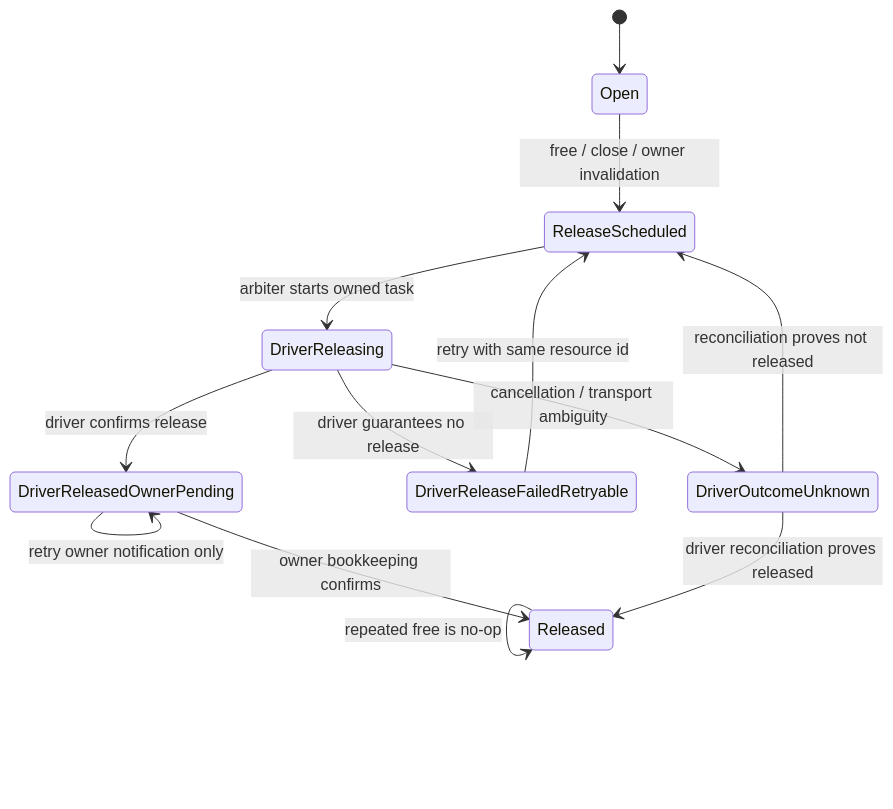
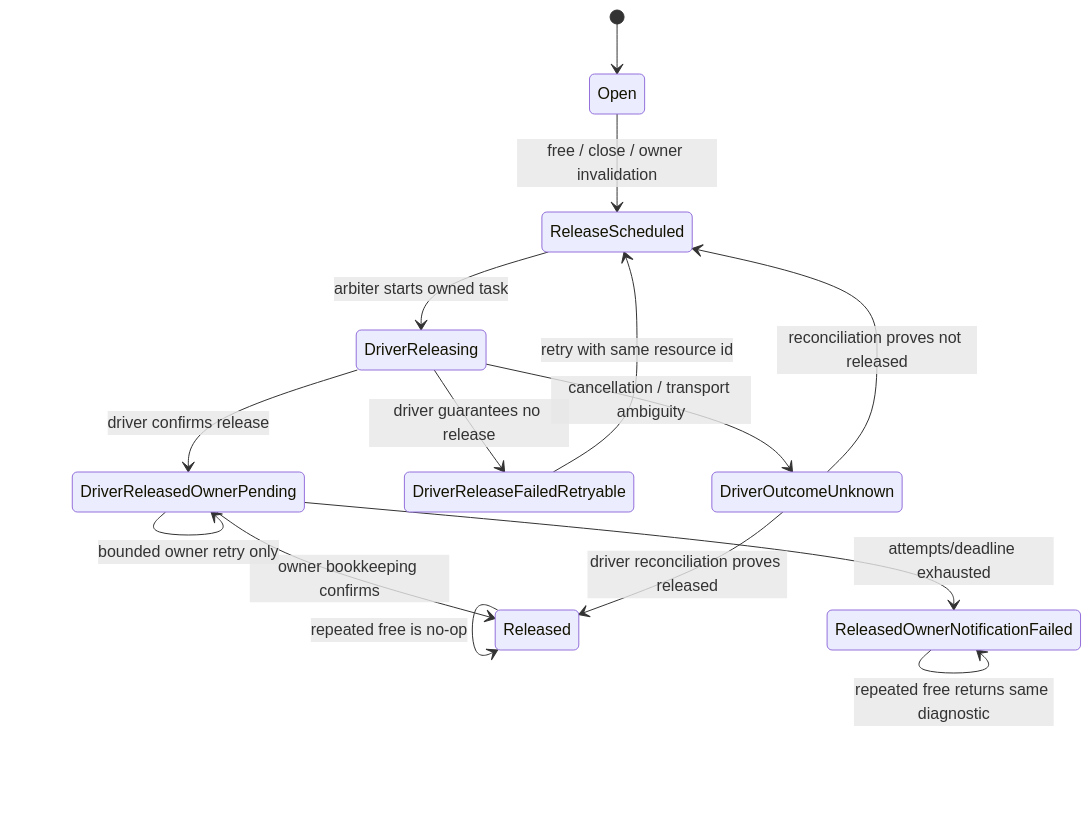
One commit to easy-4-rust/druid-rust changed the fourth of 5 diagrams in docs/superpowers/specs/2026-08-24-jdbc42-semantic-contract-design.md. Above: the diagram before and after it, drawn with Mermaid. The commit also changed other lines of this file, not shown here.

````diff
--- a/docs/superpowers/specs/2026-08-24-jdbc42-semantic-contract-design.md
+++ b/docs/superpowers/specs/2026-08-24-jdbc42-semantic-contract-design.md
@@ -386,15 +393,17 @@
 ```mermaid
 stateDiagram-v2
     [*] --> Open
     Open --> ReleaseScheduled: free / close / owner invalidation
     ReleaseScheduled --> DriverReleasing: arbiter starts owned task
     DriverReleasing --> DriverReleasedOwnerPending: driver confirms release
     DriverReleasing --> DriverReleaseFailedRetryable: driver guarantees no release
     DriverReleasing --> DriverOutcomeUnknown: cancellation / transport ambiguity
     DriverReleaseFailedRetryable --> ReleaseScheduled: retry with same resource id
     DriverReleasedOwnerPending --> Released: owner bookkeeping confirms
-    DriverReleasedOwnerPending --> DriverReleasedOwnerPending: retry owner notification only
+    DriverReleasedOwnerPending --> DriverReleasedOwnerPending: bounded owner retry only
+    DriverReleasedOwnerPending --> ReleasedOwnerNotificationFailed: attempts/deadline exhausted
     DriverOutcomeUnknown --> Released: driver reconciliation proves released
     DriverOutcomeUnknown --> ReleaseScheduled: reconciliation proves not released
     Released --> Released: repeated free is no-op
+    ReleasedOwnerNotificationFailed --> ReleasedOwnerNotificationFailed: repeated free returns same diagnostic
 ```
````
